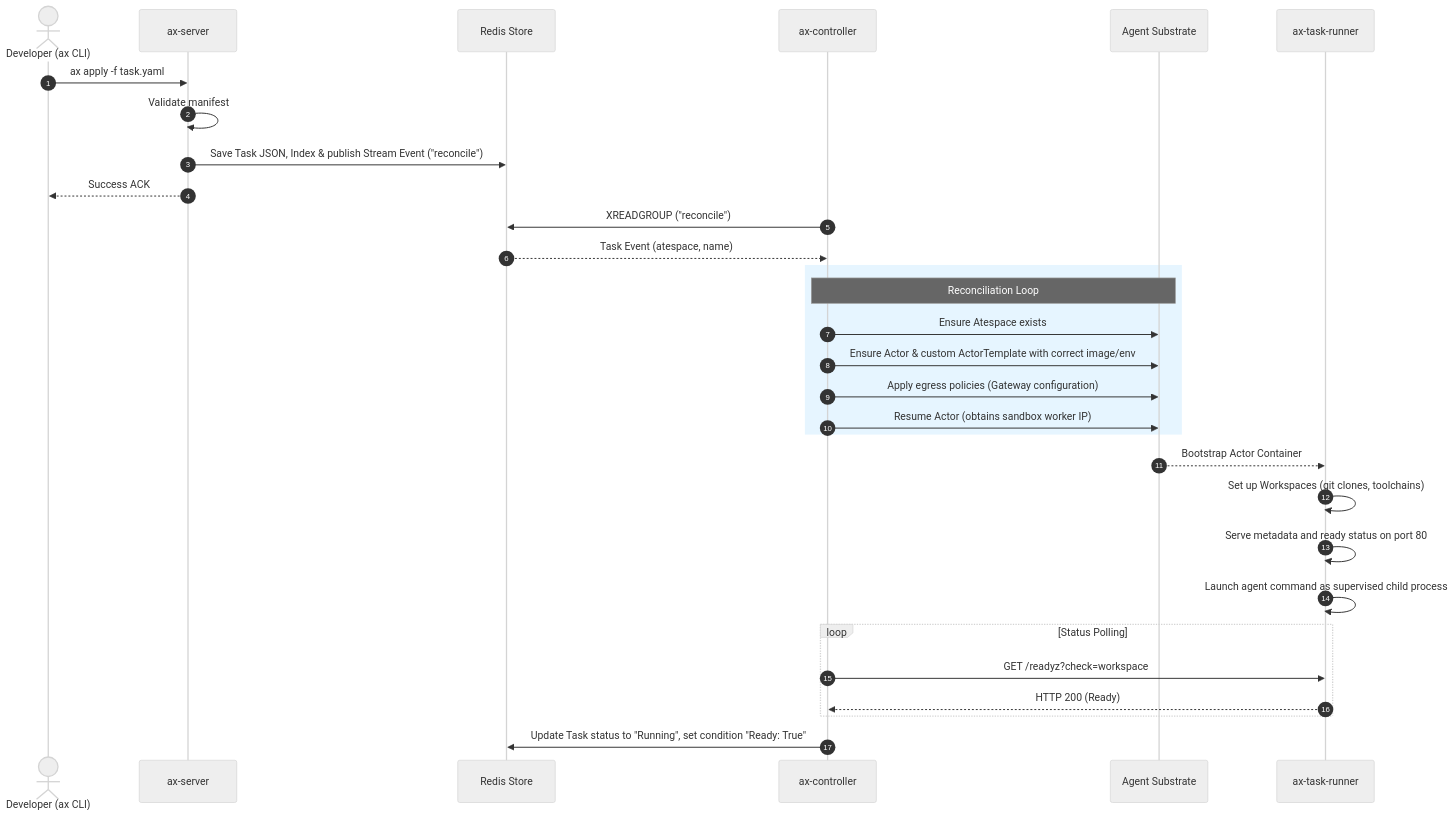
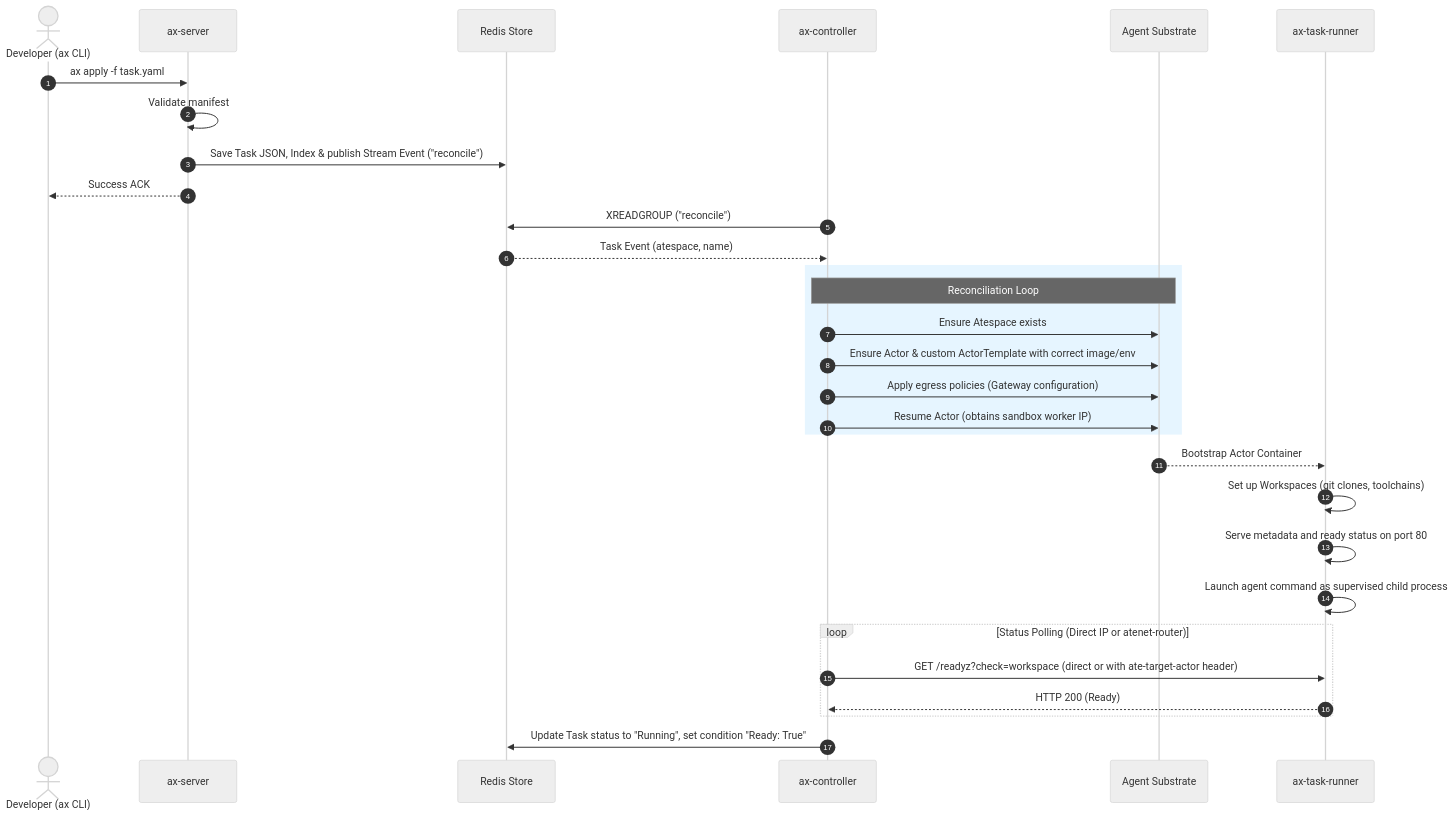
The diagram in docs-exploration/architecture.md (barney-s/ax), drawn with Mermaid (neutral theme) before and after one commit. The commit also changed other lines of this file and 5 other files, not shown here.

````diff
--- a/docs-exploration/architecture.md
+++ b/docs-exploration/architecture.md
@@ -65,38 +65,38 @@
 ```mermaid
 sequenceDiagram
     autonumber
     actor Dev as Developer (ax CLI)
     participant Srv as ax-server
     participant DB as Redis Store
     participant Ctrl as ax-controller
     participant Sub as Agent Substrate
     participant Run as ax-task-runner
 
     Dev->>Srv: ax apply -f task.yaml
     Srv->>Srv: Validate manifest
     Srv->>DB: Save Task JSON, Index & publish Stream Event ("reconcile")
     Srv-->>Dev: Success ACK
     
     Ctrl->>DB: XREADGROUP ("reconcile")
     DB-->>Ctrl: Task Event (atespace, name)
     
     rect rgb(230, 245, 255)
         note over Ctrl, Sub: Reconciliation Loop
         Ctrl->>Sub: Ensure Atespace exists
         Ctrl->>Sub: Ensure Actor & custom ActorTemplate with correct image/env
         Ctrl->>Sub: Apply egress policies (Gateway configuration)
         Ctrl->>Sub: Resume Actor (obtains sandbox worker IP)
     end
 
     Sub-->>Run: Bootstrap Actor Container
     Run->>Run: Set up Workspaces (git clones, toolchains)
     Run->>Run: Serve metadata and ready status on port 80
     Run->>Run: Launch agent command as supervised child process
     
-    loop Status Polling
-        Ctrl->>Run: GET /readyz?check=workspace
+    loop Status Polling (Direct IP or atenet-router)
+        Ctrl->>Run: GET /readyz?check=workspace (direct or with ate-target-actor header)
         Run-->>Ctrl: HTTP 200 (Ready)
     end
     
     Ctrl->>DB: Update Task status to "Running", set condition "Ready: True"
 ```
````
